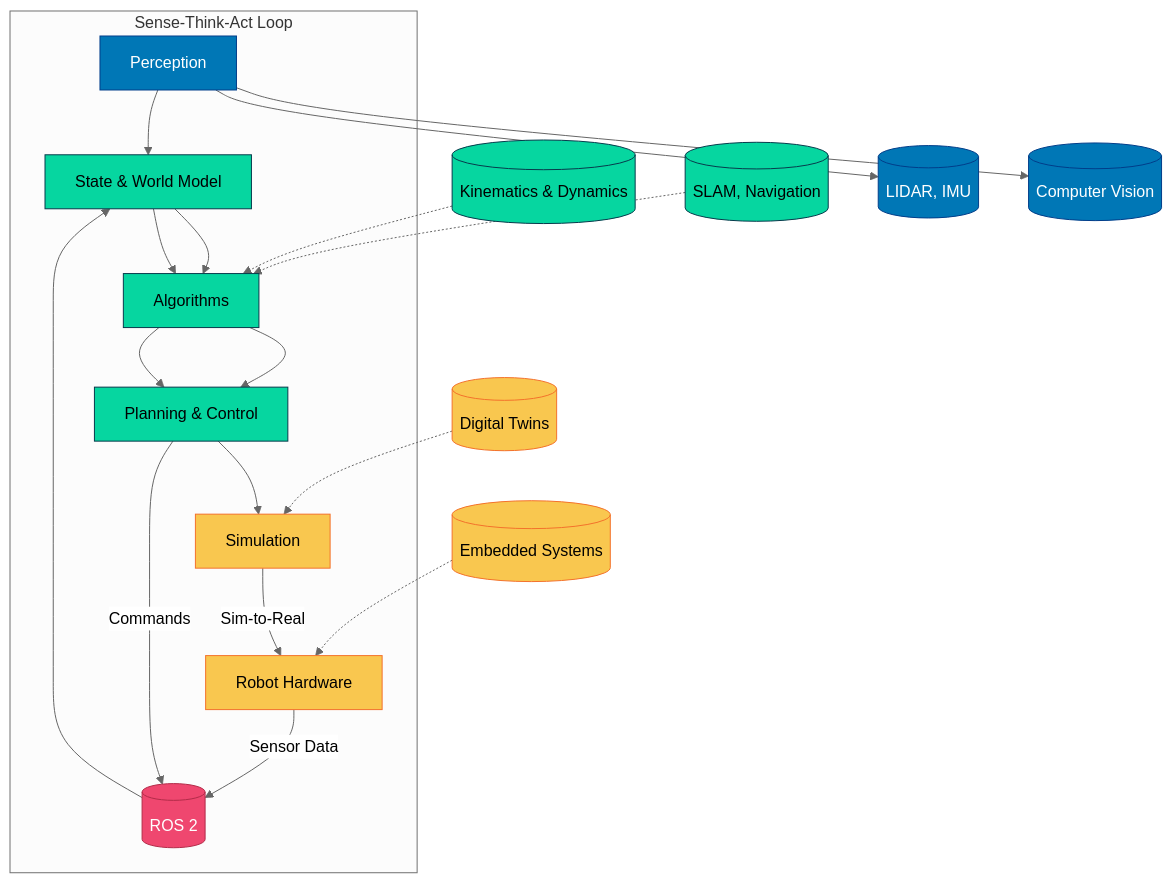
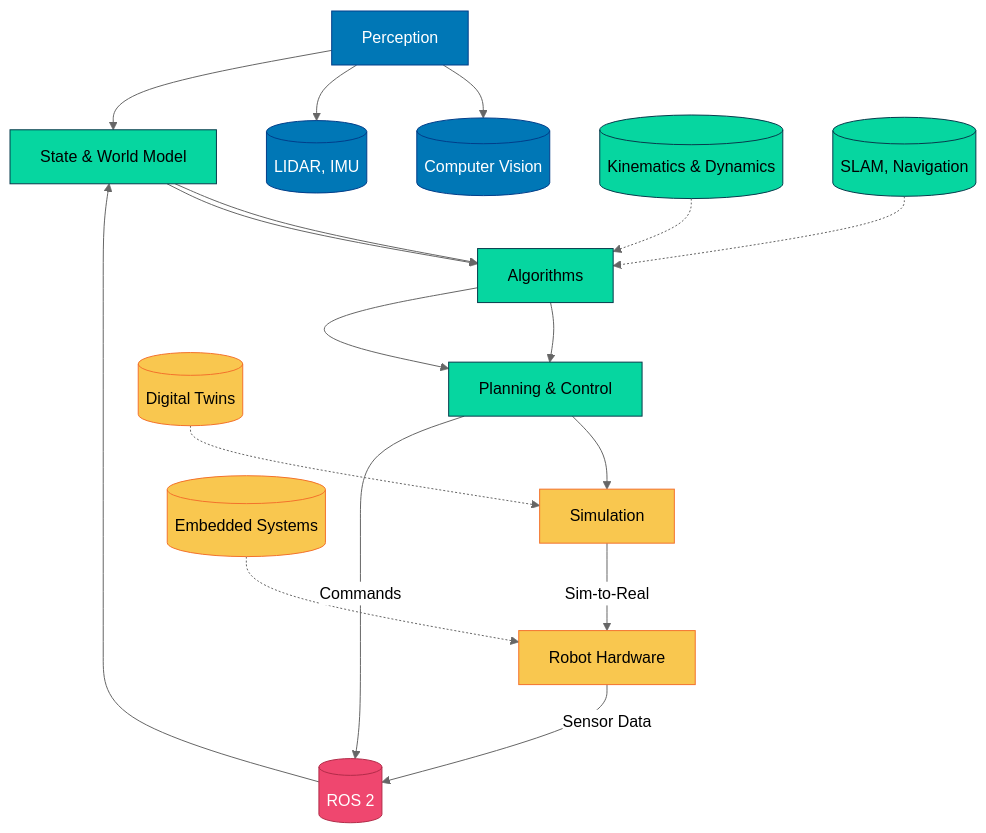
Before and after one commit to devwithchai/devwithchai: the diagram in README.md, drawn with Mermaid (neutral theme).

Commit message:
Remove unnecessary subgraph declaration in README

````diff
--- a/README.md
+++ b/README.md
@@ -116,52 +116,49 @@
 ```mermaid
 graph TD
     A[Perception]
     A_CV[(Computer Vision)]
     A_LIDAR[(LIDAR, IMU)]
     A --> A_CV
     A --> A_LIDAR
 
     B[State & World Model]
     C[Algorithms]
     D[Planning & Control]
     B --> C
     C --> D
     C_KD[("Kinematics & Dynamics")] -.-> C
     C_SLAM[("SLAM, Navigation")] -.-> C
 
     E[Simulation]
     E_DT[(Digital Twins)] -.-> E
     F[Robot Hardware]
     F_ES[(Embedded Systems)] -.-> F
 
     ROS2[("ROS 2")]
 
-    subgraph "Sense-Think-Act Loop"
-        A --> B --> C --> D
-        D --> E
-        D -- "Commands" --> ROS2
-        F -- "Sensor Data" --> ROS2
-        ROS2 --> B
-    end
-
+    A --> B --> C --> D
+    D --> E
+    D -- "Commands" --> ROS2
+    F -- "Sensor Data" --> ROS2
+    ROS2 --> B
     E -- "Sim-to-Real" --> F
 
     %% Clickable links
     click C_KD "https://github.com/devwithchai/OpenKinematics" "View OpenKinematics repository" _blank
     click C_SLAM "https://github.com/devwithchai/MobileRobotics" "View Mobile Robotics repository" _blank
     click F_ES "https://github.com/devwithchai/MobileRobotics" "View Mobile Robotics repository" _blank
     click ROS2 "https://docs.ros.org/en/rolling/" "Go to ROS 2 Documentation" _blank
 
     %% --- Styling ---
     %% Define classes for each logical group
     classDef sense fill:#0077b6,stroke:#023e8a,color:#fff
     classDef think fill:#06d6a0,stroke:#073b4c,color:#000
     classDef act fill:#f9c74f,stroke:#f3722c,color:#000
     classDef orchestrate fill:#ef476f,stroke:#b22c49,color:#fff
 
     %% Assign nodes to classes
     class A,A_CV,A_LIDAR sense
     class B,C,D,C_KD,C_SLAM think
     class E,F,E_DT,F_ES act
     class ROS2 orchestrate
 ```
````
